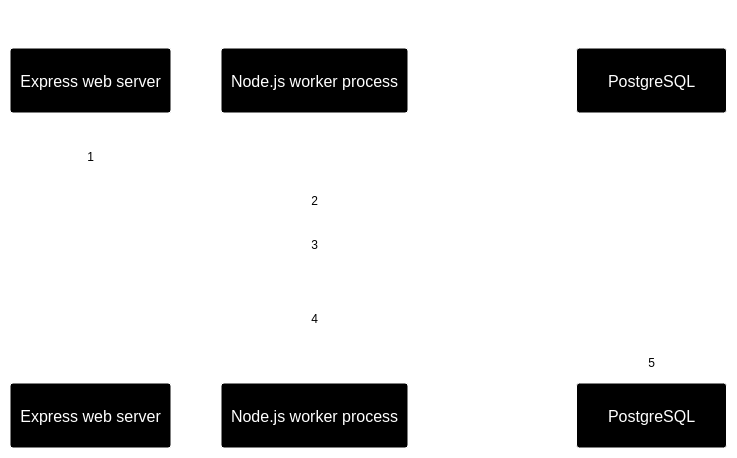
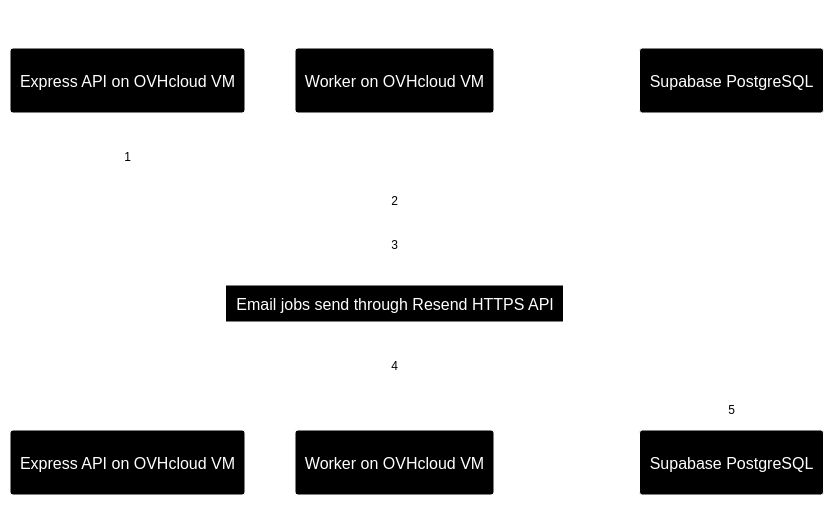
One commit to drh-14/ChalkTalk changed the diagram in diagrams/background-job-sequence/background-job-sequence.mmd. Above: the diagram before and after it, drawn with Mermaid. The commit also changed 15 other files, not shown here.

Commit message:
docs: update deployment architecture diagrams for OVHcloud and Supabase

```diff
--- a/diagrams/background-job-sequence/background-job-sequence.mmd
+++ b/diagrams/background-job-sequence/background-job-sequence.mmd
@@ -1,14 +1,13 @@
 %%{init: {"theme": "base", "themeVariables": {"background": "#000000", "primaryColor": "#000000", "primaryTextColor": "#FFFFFF", "primaryBorderColor": "#FFFFFF", "lineColor": "#FFFFFF", "actorBkg": "#000000", "actorBorder": "#FFFFFF", "actorTextColor": "#FFFFFF", "actorLineColor": "#FFFFFF", "signalColor": "#FFFFFF", "signalTextColor": "#FFFFFF", "labelBoxBkgColor": "#000000", "labelBoxBorderColor": "#FFFFFF", "labelTextColor": "#FFFFFF", "loopTextColor": "#FFFFFF", "noteBkgColor": "#000000", "noteBorderColor": "#FFFFFF", "noteTextColor": "#FFFFFF", "activationBkgColor": "#111111", "activationBorderColor": "#FFFFFF", "sequenceNumberColor": "#000000", "fontSize": "14px"}}}%%
 sequenceDiagram
     autonumber
     title ChalkTalk background job flow
-
-    participant WebServer as Express web server
-    participant Worker as Node.js worker process
-    participant Database as PostgreSQL
-
-    WebServer->>Database: Insert job with queued status
-    Worker->>Database: Atomically claim job and load payload
-    Worker->>Worker: Perform background work
-    Worker->>Database: Store result and mark job succeeded
-    Database-->>Worker: Record completion
+  participant WebServer as Express API on OVHcloud VM
+  participant Worker as Worker on OVHcloud VM
+  participant Database as Supabase PostgreSQL
+  WebServer->>Database: Insert job with queued status
+  Worker->>Database: Atomically claim job and load payload
+  Worker->>Worker: Perform background work
+  Note over Worker: Email jobs send through Resend HTTPS API
+  Worker->>Database: Store result and mark job succeeded
+  Database-->>Worker: Record completion
```
